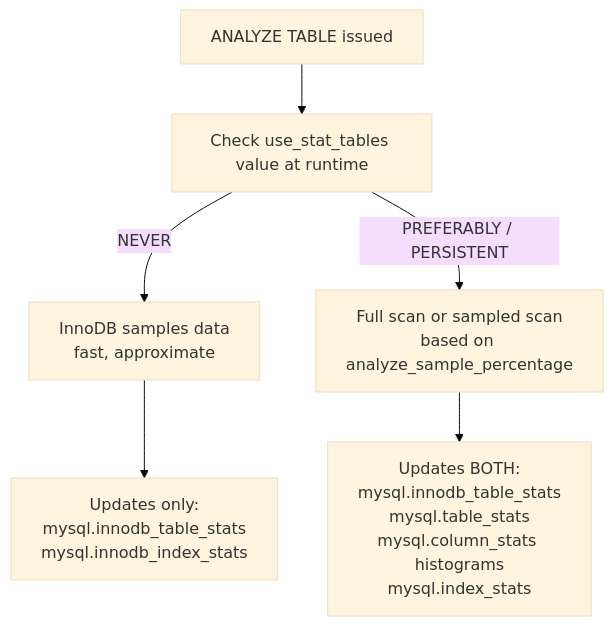
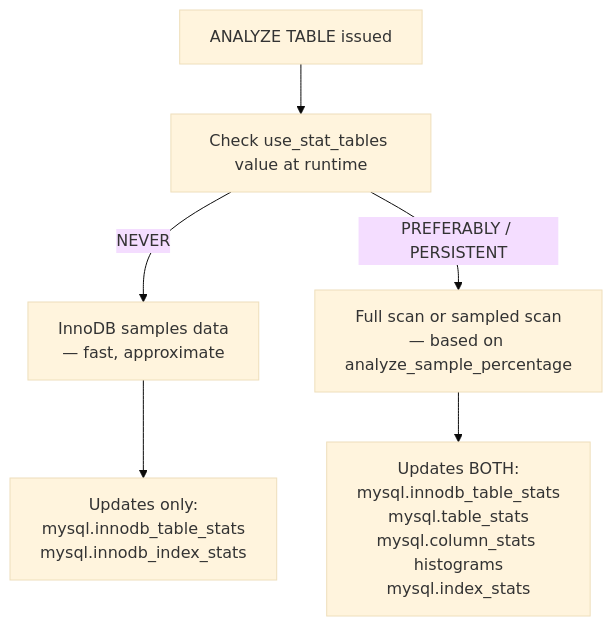
The second of 3 diagrams in server/ha-and-performance/optimization-and-tuning/query-optimizations/statistics-for-optimizing-queries/engine-independent-table-statistics.md (mariadb-corporation/mariadb-docs), drawn with Mermaid (base theme) before and after one commit.

Commit message:
GITBOOK-2174: DOCS-6073: Final touchups.

````diff
--- a/server/ha-and-performance/optimization-and-tuning/query-optimizations/statistics-for-optimizing-queries/engine-independent-table-statistics.md
+++ b/server/ha-and-performance/optimization-and-tuning/query-optimizations/statistics-for-optimizing-queries/engine-independent-table-statistics.md
@@ -123,10 +123,10 @@
 ```mermaid
 graph TD
     Start[ANALYZE TABLE issued] --> Eval[Check use_stat_tables value at runtime]
     
-    Eval -- "NEVER" --> InnoDB[InnoDB samples data<br/>fast, approximate]
+    Eval -- "NEVER" --> InnoDB[InnoDB samples data<br/>— fast, approximate]
     InnoDB --> UpdateInnoDB[Updates only:<br/>mysql.innodb_table_stats<br/>mysql.innodb_index_stats]
     
-    Eval -- "PREFERABLY / PERSISTENT" --> FullScan[Full scan or sampled scan<br/>based on analyze_sample_percentage]
+    Eval -- "PREFERABLY / PERSISTENT" --> FullScan[Full scan or sampled scan<br/>— based on analyze_sample_percentage]
     FullScan --> UpdateBoth[Updates BOTH:<br/>mysql.innodb_table_stats<br/>mysql.table_stats<br/>mysql.column_stats histograms<br/>mysql.index_stats]
 ```
````
